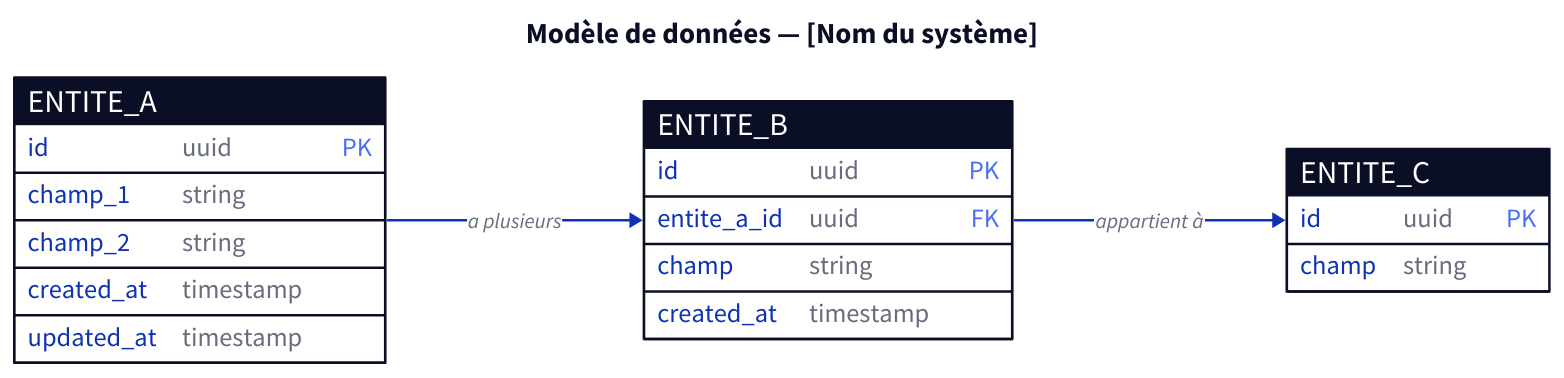
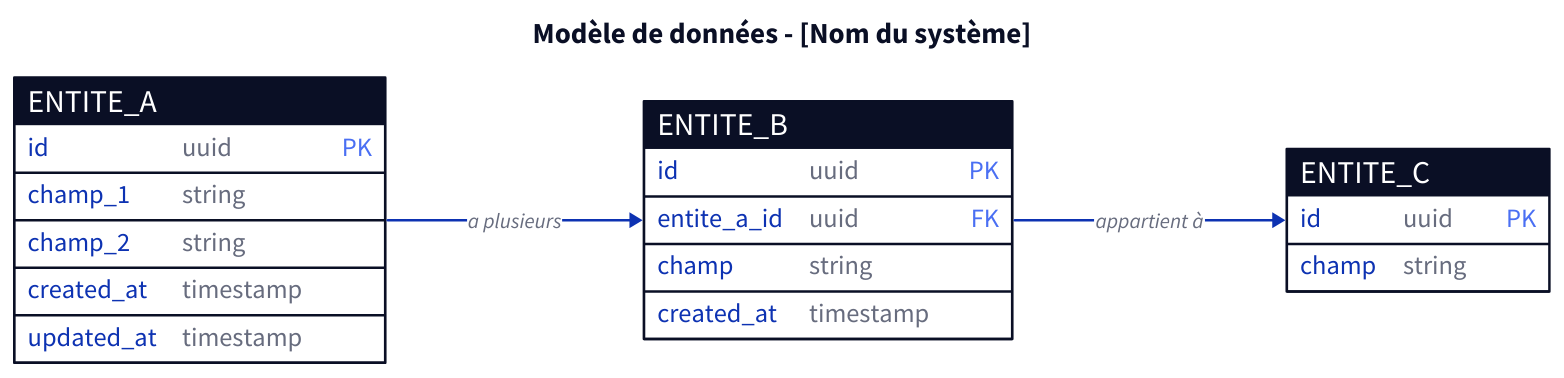
The fourth of 5 diagrams in architecte/templates/diagrammes.md (CGI-Shapsha-Factory/CGI-Factory-AI), drawn with D2 before and after one commit. The commit also changed other lines of this file and 124 other files, not shown here.

````diff
--- a/architecte/templates/diagrammes.md
+++ b/architecte/templates/diagrammes.md
@@ -124,30 +124,30 @@
 ```d2 theme=0
-title: "Modèle de données — [Nom du système]" { near: top-center; shape: text; style.font-size: 22; style.bold: true }
+title: "Modèle de données - [Nom du système]" { near: top-center; shape: text; style.font-size: 22; style.bold: true }
 direction: right
 
 ENTITE_A: {
   shape: sql_table
   id: uuid { constraint: primary_key }
   champ_1: string
   champ_2: string
   created_at: timestamp
   updated_at: timestamp
 }
 
 ENTITE_B: {
   shape: sql_table
   id: uuid { constraint: primary_key }
   entite_a_id: uuid { constraint: foreign_key }
   champ: string
   created_at: timestamp
 }
 
 ENTITE_C: {
   shape: sql_table
   id: uuid { constraint: primary_key }
   champ: string
 }
 
 ENTITE_A.id -> ENTITE_B.entite_a_id: "a plusieurs"
 ENTITE_B.id -> ENTITE_C.id: "appartient à"
 ```
````
